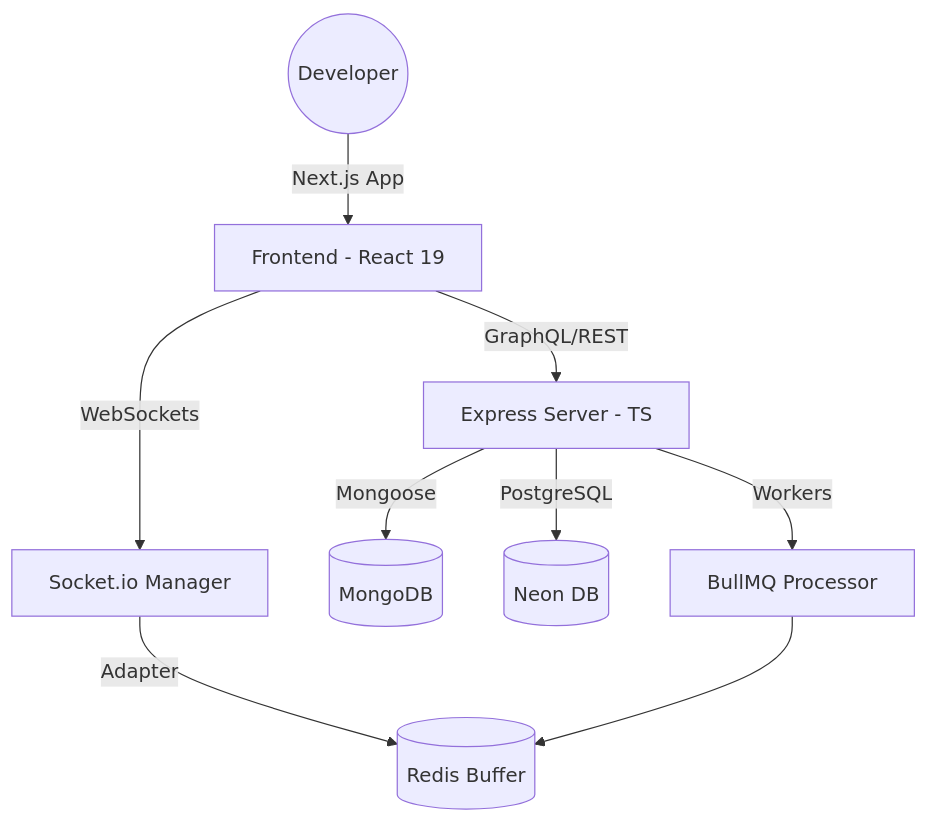
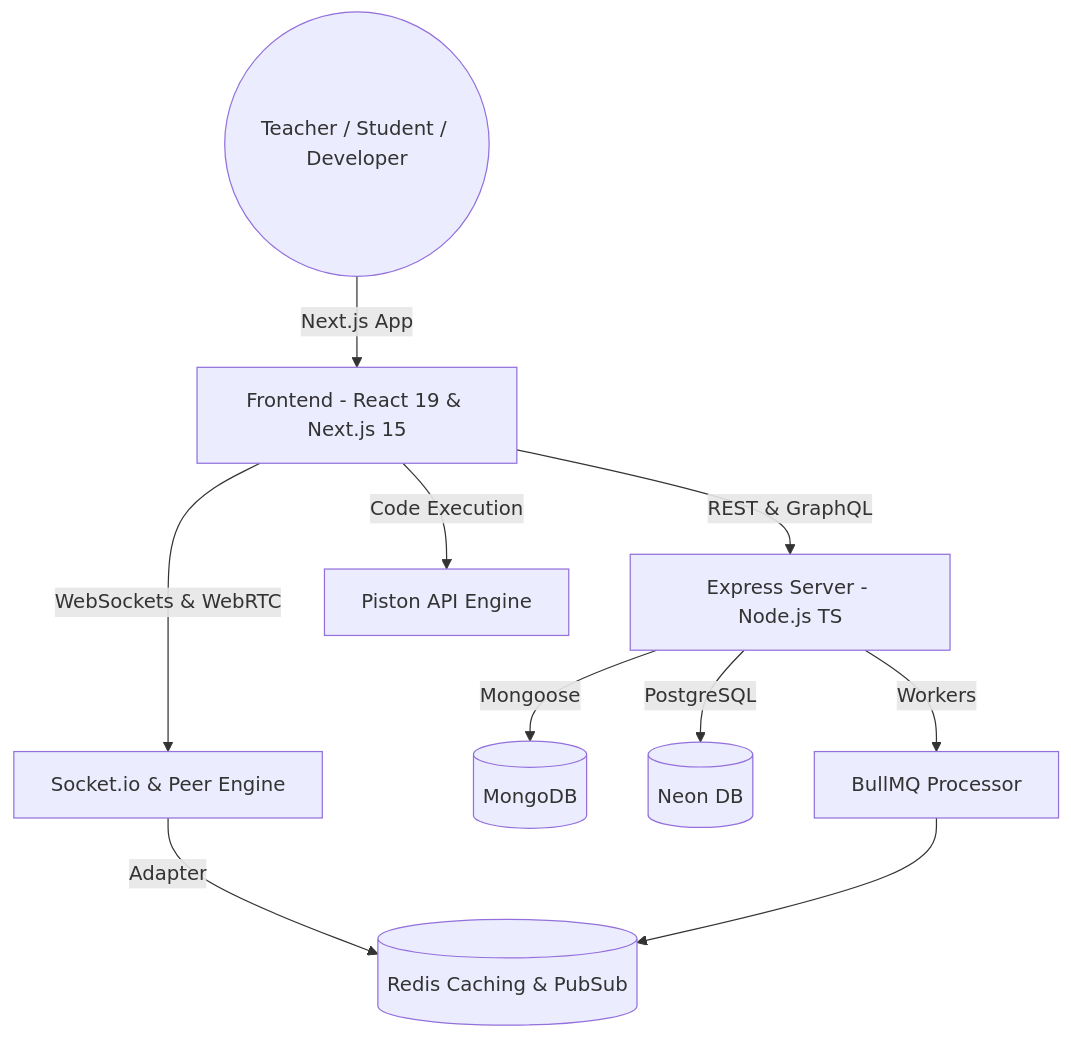
The diagram in README.md (farazshafi/CODIE), drawn with Mermaid before and after one commit. The commit also changed other lines of this file and 16 other files, not shown here.

````diff
--- a/README.md
+++ b/README.md
@@ -62,11 +75,12 @@
 ```mermaid
 graph TD
-    User((Developer)) -->|Next.js App| Client[Frontend - React 19]
-    Client -->|GraphQL/REST| Server[Express Server - TS]
-    Client -->|WebSockets| SocketServer[Socket.io Manager]
-    SocketServer -->|Adapter| Redis[(Redis Buffer)]
+    User((Teacher / Student / Developer)) -->|Next.js App| Client[Frontend - React 19 & Next.js 15]
+    Client -->|REST & GraphQL| Server[Express Server - Node.js TS]
+    Client -->|WebSockets & WebRTC| SocketServer[Socket.io & Peer Engine]
+    Client -->|Code Execution| Piston[Piston API Engine]
+    SocketServer -->|Adapter| Redis[(Redis Caching & PubSub)]
     Server -->|Mongoose| MongoDB[(MongoDB)]
     Server -->|PostgreSQL| Neon[(Neon DB)]
     Server -->|Workers| BullMQ[BullMQ Processor]
     BullMQ --> Redis
 ```
````
